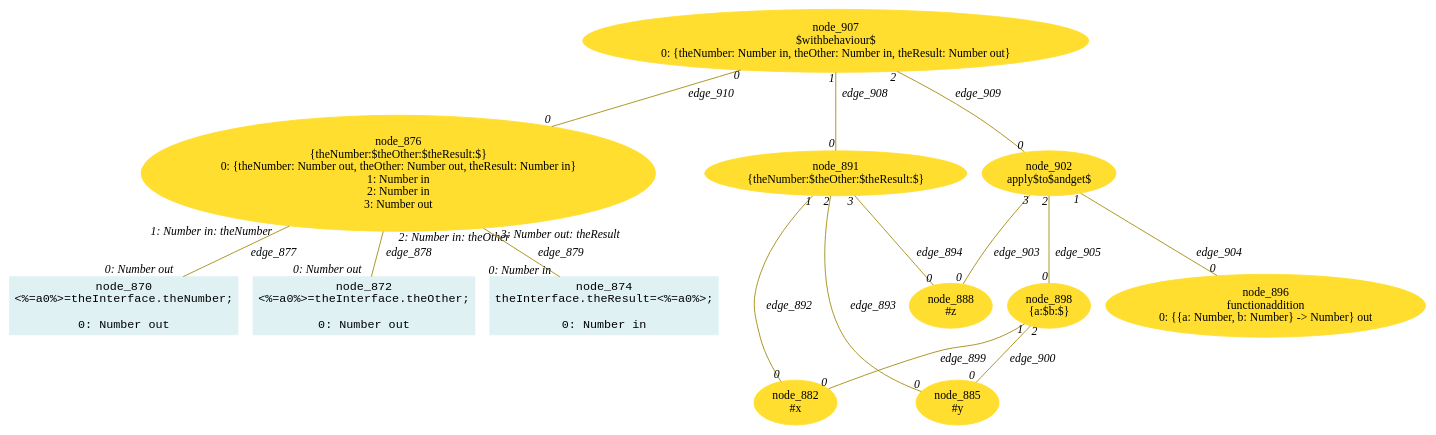
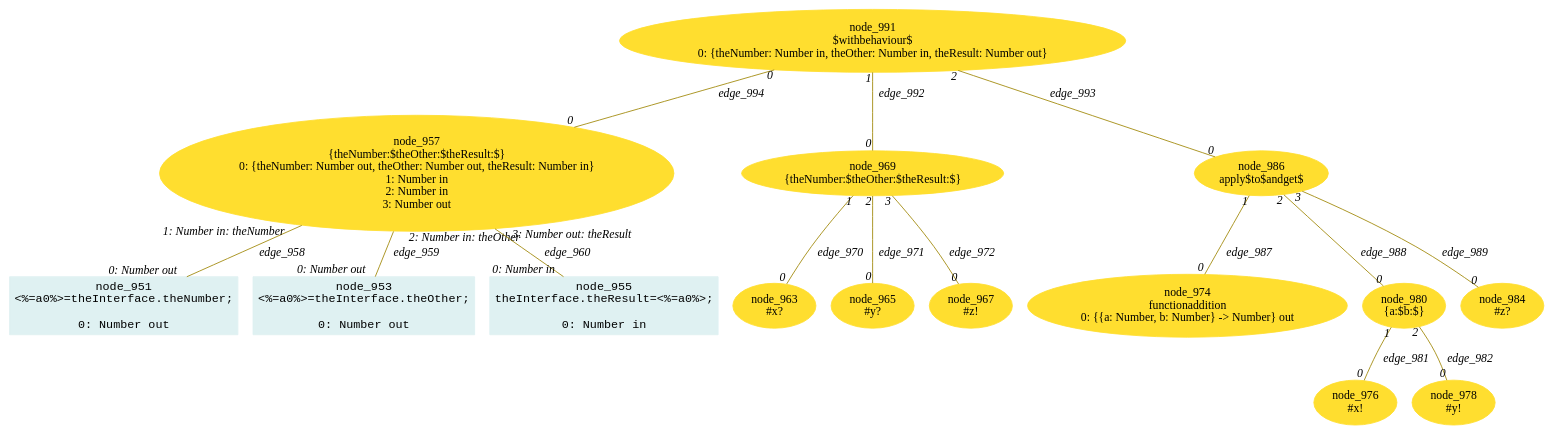
The diagram in lidl-core/example/ok/composition2x1/dot/13referentialTransparencyInstances1.dot (crubier/lidl), drawn with Graphviz before and after one commit. The commit also changed 2396 other files, not shown here.

Commit message:
ok but make flow does not work

```diff
--- a/lidl-core/example/ok/composition2x1/dot/13referentialTransparencyInstances1.dot
+++ b/lidl-core/example/ok/composition2x1/dot/13referentialTransparencyInstances1.dot
@@ -1,57 +1,66 @@
-digraph g{node_870 [shape="box", style="filled", color="#dff1f2", fontname="Courier", label="node_870
+digraph g{node_951 [shape="box", style="filled", color="#dff1f2", fontname="Courier", label="node_951
 <%=a0%>=theInterface.theNumber;
 
 0: Number out" ]
-node_872 [shape="box", style="filled", color="#dff1f2", fontname="Courier", label="node_872
+node_953 [shape="box", style="filled", color="#dff1f2", fontname="Courier", label="node_953
 <%=a0%>=theInterface.theOther;
 
 0: Number out" ]
-node_874 [shape="box", style="filled", color="#dff1f2", fontname="Courier", label="node_874
+node_955 [shape="box", style="filled", color="#dff1f2", fontname="Courier", label="node_955
 theInterface.theResult=<%=a0%>;
 
 0: Number in" ]
-node_876 [shape="ellipse", style="filled", color="#ffde2f", fontname="Times", label="node_876
+node_957 [shape="ellipse", style="filled", color="#ffde2f", fontname="Times", label="node_957
 {theNumber:$theOther:$theResult:$}
 0: {theNumber: Number out, theOther: Number out, theResult: Number in}
 1: Number in
 2: Number in
 3: Number out" ]
-node_882 [shape="ellipse", style="filled", color="#ffde2f", fontname="Times", label="node_882
-#x
+node_963 [shape="ellipse", style="filled", color="#ffde2f", fontname="Times", label="node_963
+#x?
 " ]
-node_885 [shape="ellipse", style="filled", color="#ffde2f", fontname="Times", label="node_885
-#y
+node_965 [shape="ellipse", style="filled", color="#ffde2f", fontname="Times", label="node_965
+#y?
 " ]
-node_888 [shape="ellipse", style="filled", color="#ffde2f", fontname="Times", label="node_888
-#z
+node_967 [shape="ellipse", style="filled", color="#ffde2f", fontname="Times", label="node_967
+#z!
 " ]
-node_891 [shape="ellipse", style="filled", color="#ffde2f", fontname="Times", label="node_891
+node_969 [shape="ellipse", style="filled", color="#ffde2f", fontname="Times", label="node_969
 {theNumber:$theOther:$theResult:$}
 " ]
-node_896 [shape="ellipse", style="filled", color="#ffde2f", fontname="Times", label="node_896
+node_974 [shape="ellipse", style="filled", color="#ffde2f", fontname="Times", label="node_974
 functionaddition
 0: {{a: Number, b: Number} -> Number} out" ]
-node_898 [shape="ellipse", style="filled", color="#ffde2f", fontname="Times", label="node_898
+node_976 [shape="ellipse", style="filled", color="#ffde2f", fontname="Times", label="node_976
+#x!
+" ]
+node_978 [shape="ellipse", style="filled", color="#ffde2f", fontname="Times", label="node_978
+#y!
+" ]
+node_980 [shape="ellipse", style="filled", color="#ffde2f", fontname="Times", label="node_980
 {a:$b:$}
 " ]
-node_902 [shape="ellipse", style="filled", color="#ffde2f", fontname="Times", label="node_902
+node_984 [shape="ellipse", style="filled", color="#ffde2f", fontname="Times", label="node_984
+#z?
+" ]
+node_986 [shape="ellipse", style="filled", color="#ffde2f", fontname="Times", label="node_986
 apply$to$andget$
 " ]
-node_907 [shape="ellipse", style="filled", color="#ffde2f", fontname="Times", label="node_907
+node_991 [shape="ellipse", style="filled", color="#ffde2f", fontname="Times", label="node_991
 $withbehaviour$
 0: {theNumber: Number in, theOther: Number in, theResult: Number out}" ]
-node_876 -> node_870 [dir=none, arrowHead=none, fontname="Times-Italic", arrowsize=1, color="#9d8400", label="edge_877",  headlabel="0: Number out", taillabel="1: Number in: theNumber" ]
-node_876 -> node_872 [dir=none, arrowHead=none, fontname="Times-Italic", arrowsize=1, color="#9d8400", label="edge_878",  headlabel="0: Number out", taillabel="2: Number in: theOther" ]
-node_876 -> node_874 [dir=none, arrowHead=none, fontname="Times-Italic", arrowsize=1, color="#9d8400", label="edge_879",  headlabel="0: Number in", taillabel="3: Number out: theResult" ]
-node_891 -> node_882 [dir=none, arrowHead=none, fontname="Times-Italic", arrowsize=1, color="#9d8400", label="edge_892",  headlabel="0", taillabel="1" ]
-node_891 -> node_885 [dir=none, arrowHead=none, fontname="Times-Italic", arrowsize=1, color="#9d8400", label="edge_893",  headlabel="0", taillabel="2" ]
-node_891 -> node_888 [dir=none, arrowHead=none, fontname="Times-Italic", arrowsize=1, color="#9d8400", label="edge_894",  headlabel="0", taillabel="3" ]
-node_898 -> node_882 [dir=none, arrowHead=none, fontname="Times-Italic", arrowsize=1, color="#9d8400", label="edge_899",  headlabel="0", taillabel="1" ]
-node_898 -> node_885 [dir=none, arrowHead=none, fontname="Times-Italic", arrowsize=1, color="#9d8400", label="edge_900",  headlabel="0", taillabel="2" ]
-node_902 -> node_888 [dir=none, arrowHead=none, fontname="Times-Italic", arrowsize=1, color="#9d8400", label="edge_903",  headlabel="0", taillabel="3" ]
-node_902 -> node_896 [dir=none, arrowHead=none, fontname="Times-Italic", arrowsize=1, color="#9d8400", label="edge_904",  headlabel="0", taillabel="1" ]
-node_902 -> node_898 [dir=none, arrowHead=none, fontname="Times-Italic", arrowsize=1, color="#9d8400", label="edge_905",  headlabel="0", taillabel="2" ]
-node_907 -> node_891 [dir=none, arrowHead=none, fontname="Times-Italic", arrowsize=1, color="#9d8400", label="edge_908",  headlabel="0", taillabel="1" ]
-node_907 -> node_902 [dir=none, arrowHead=none, fontname="Times-Italic", arrowsize=1, color="#9d8400", label="edge_909",  headlabel="0", taillabel="2" ]
-node_907 -> node_876 [dir=none, arrowHead=none, fontname="Times-Italic", arrowsize=1, color="#9d8400", label="edge_910",  headlabel="0", taillabel="0" ]
+node_957 -> node_951 [dir=none, arrowHead=none, fontname="Times-Italic", arrowsize=1, color="#9d8400", label="edge_958",  headlabel="0: Number out", taillabel="1: Number in: theNumber" ]
+node_957 -> node_953 [dir=none, arrowHead=none, fontname="Times-Italic", arrowsize=1, color="#9d8400", label="edge_959",  headlabel="0: Number out", taillabel="2: Number in: theOther" ]
+node_957 -> node_955 [dir=none, arrowHead=none, fontname="Times-Italic", arrowsize=1, color="#9d8400", label="edge_960",  headlabel="0: Number in", taillabel="3: Number out: theResult" ]
+node_969 -> node_963 [dir=none, arrowHead=none, fontname="Times-Italic", arrowsize=1, color="#9d8400", label="edge_970",  headlabel="0", taillabel="1" ]
+node_969 -> node_965 [dir=none, arrowHead=none, fontname="Times-Italic", arrowsize=1, color="#9d8400", label="edge_971",  headlabel="0", taillabel="2" ]
+node_969 -> node_967 [dir=none, arrowHead=none, fontname="Times-Italic", arrowsize=1, color="#9d8400", label="edge_972",  headlabel="0", taillabel="3" ]
+node_980 -> node_976 [dir=none, arrowHead=none, fontname="Times-Italic", arrowsize=1, color="#9d8400", label="edge_981",  headlabel="0", taillabel="1" ]
+node_980 -> node_978 [dir=none, arrowHead=none, fontname="Times-Italic", arrowsize=1, color="#9d8400", label="edge_982",  headlabel="0", taillabel="2" ]
+node_986 -> node_974 [dir=none, arrowHead=none, fontname="Times-Italic", arrowsize=1, color="#9d8400", label="edge_987",  headlabel="0", taillabel="1" ]
+node_986 -> node_980 [dir=none, arrowHead=none, fontname="Times-Italic", arrowsize=1, color="#9d8400", label="edge_988",  headlabel="0", taillabel="2" ]
+node_986 -> node_984 [dir=none, arrowHead=none, fontname="Times-Italic", arrowsize=1, color="#9d8400", label="edge_989",  headlabel="0", taillabel="3" ]
+node_991 -> node_969 [dir=none, arrowHead=none, fontname="Times-Italic", arrowsize=1, color="#9d8400", label="edge_992",  headlabel="0", taillabel="1" ]
+node_991 -> node_986 [dir=none, arrowHead=none, fontname="Times-Italic", arrowsize=1, color="#9d8400", label="edge_993",  headlabel="0", taillabel="2" ]
+node_991 -> node_957 [dir=none, arrowHead=none, fontname="Times-Italic", arrowsize=1, color="#9d8400", label="edge_994",  headlabel="0", taillabel="0" ]
 }
```
